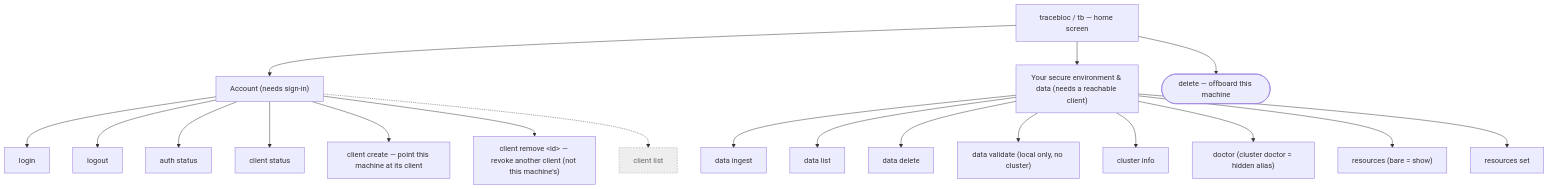
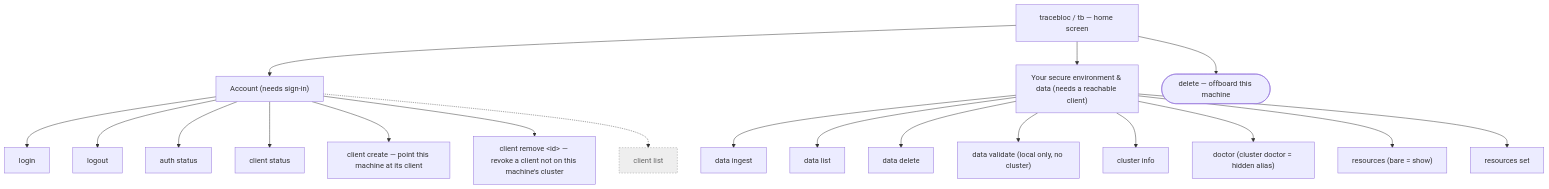
The first of 4 diagrams in docs/cli-navigation.md (tracebloc/cli), drawn with Mermaid before and after one commit. The commit also changed 1 other file, not shown here.

Commit message:
Publish v0.11.23

````diff
--- a/docs/cli-navigation.md
+++ b/docs/cli-navigation.md
@@ -13,27 +13,27 @@
 ```mermaid
 flowchart TD
   H0["tracebloc / tb — home screen"]
 
   H0 --> ACCT["Account (needs sign-in)"]
   H0 --> ENVC["Your secure environment &amp; data (needs a reachable client)"]
   H0 --> OFF(["delete — offboard this machine"])
 
   ACCT --> login["login"]
   ACCT --> logout["logout"]
   ACCT --> authst["auth status"]
   ACCT --> clis["client status"]
   ACCT --> clcreate["client create — point this machine at its client"]
-  ACCT --> clremove["client remove &lt;id&gt; — revoke another client (not this machine's)"]
+  ACCT --> clremove["client remove &lt;id&gt; — revoke a client not on this machine's cluster"]
   ACCT -.-> cllist["client list"]:::hidden
 
   ENVC --> di["data ingest"]
   ENVC --> dl["data list"]
   ENVC --> dd["data delete"]
   ENVC --> dv["data validate (local only, no cluster)"]
   ENVC --> ci["cluster info"]
   ENVC --> doc["doctor (cluster doctor = hidden alias)"]
   ENVC --> res["resources (bare = show)"]
   ENVC --> resset["resources set"]
 
   classDef hidden fill:#eee,stroke:#999,stroke-dasharray:3 3,color:#666;
 ```
````
